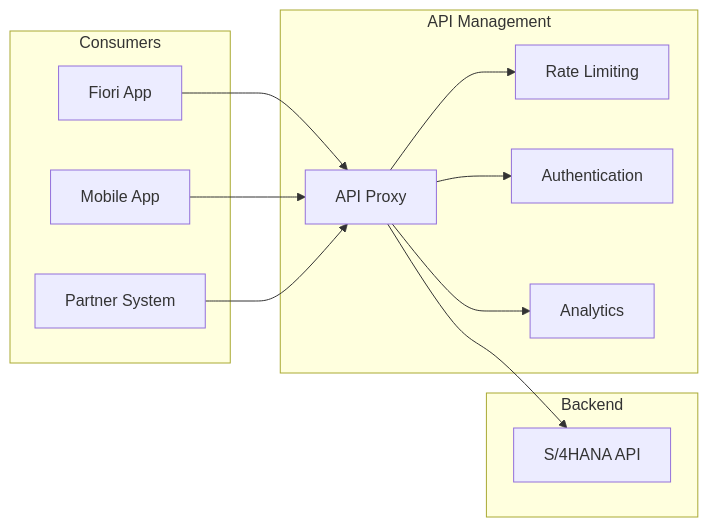
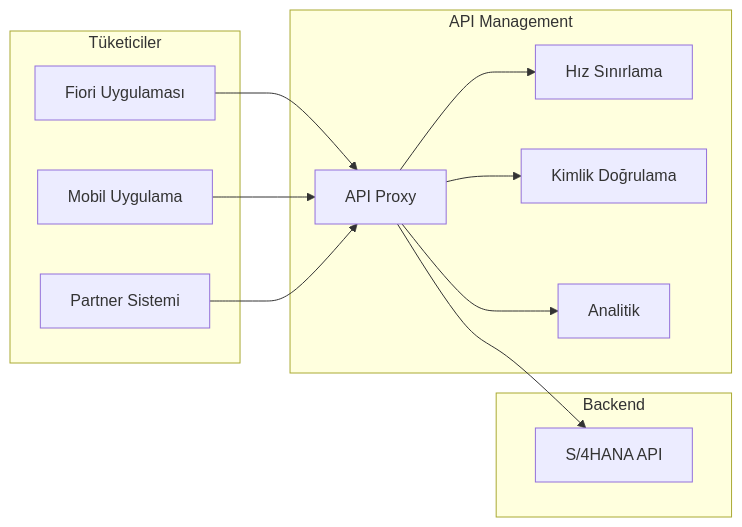
Before and after one commit to beyhanmeyrali/sap-all: the fifth of 8 diagrams in Technical Tutorials/BTP/TR/chapters/15-integration-suite.md, drawn with Mermaid. The commit also changed other lines of this file and 11 other files, not shown here.

````diff
--- a/Technical Tutorials/BTP/TR/chapters/15-integration-suite.md
+++ b/Technical Tutorials/BTP/TR/chapters/15-integration-suite.md
@@ -142,24 +142,24 @@
 ```mermaid
 graph LR
-    subgraph "Consumers"
-        APP1[Fiori App]
-        APP2[Mobile App]
-        APP3[Partner System]
+    subgraph "Tüketiciler"
+        APP1[Fiori Uygulaması]
+        APP2[Mobil Uygulama]
+        APP3[Partner Sistemi]
     end
 
     subgraph "API Management"
         PROXY[API Proxy]
-        PROXY --> POLICY1[Rate Limiting]
-        PROXY --> POLICY2[Authentication]
-        PROXY --> POLICY3[Analytics]
+        PROXY --> POLICY1[Hız Sınırlama]
+        PROXY --> POLICY2[Kimlik Doğrulama]
+        PROXY --> POLICY3[Analitik]
     end
 
     subgraph "Backend"
         S4[S/4HANA API]
     end
 
     APP1 --> PROXY
     APP2 --> PROXY
     APP3 --> PROXY
     PROXY --> S4
 ```
````
